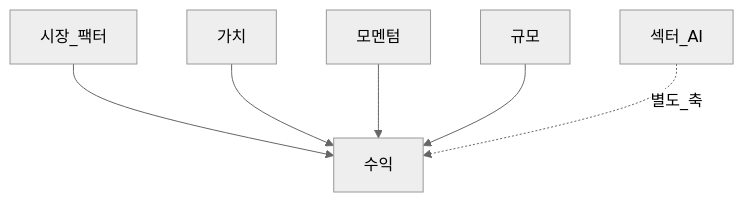
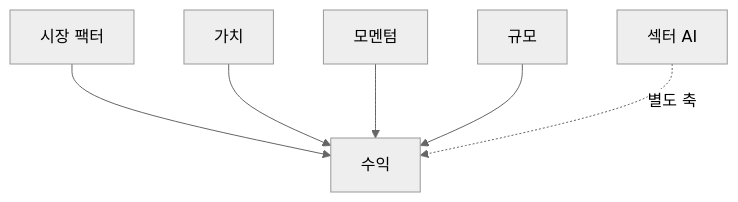
The first of 3 diagrams in 08-advanced/factor-investing-primer.md (goldanghenry/Finances), drawn with Mermaid (neutral theme) before and after one commit. The commit also changed other lines of this file and 211 other files, not shown here.

````diff
--- a/08-advanced/factor-investing-primer.md
+++ b/08-advanced/factor-investing-primer.md
@@ -84,8 +103,8 @@
 ```mermaid
 flowchart TD
-  Mkt[시장_팩터] --> Ret[수익]
+  Mkt["시장 팩터"] --> Ret[수익]
   Val[가치] --> Ret
   Mom[모멘텀] --> Ret
   Size[규모] --> Ret
-  Sec[섹터_AI] -.->|별도_축| Ret
+  Sec["섹터 AI"] -.->|"별도 축"| Ret
 ```
````
